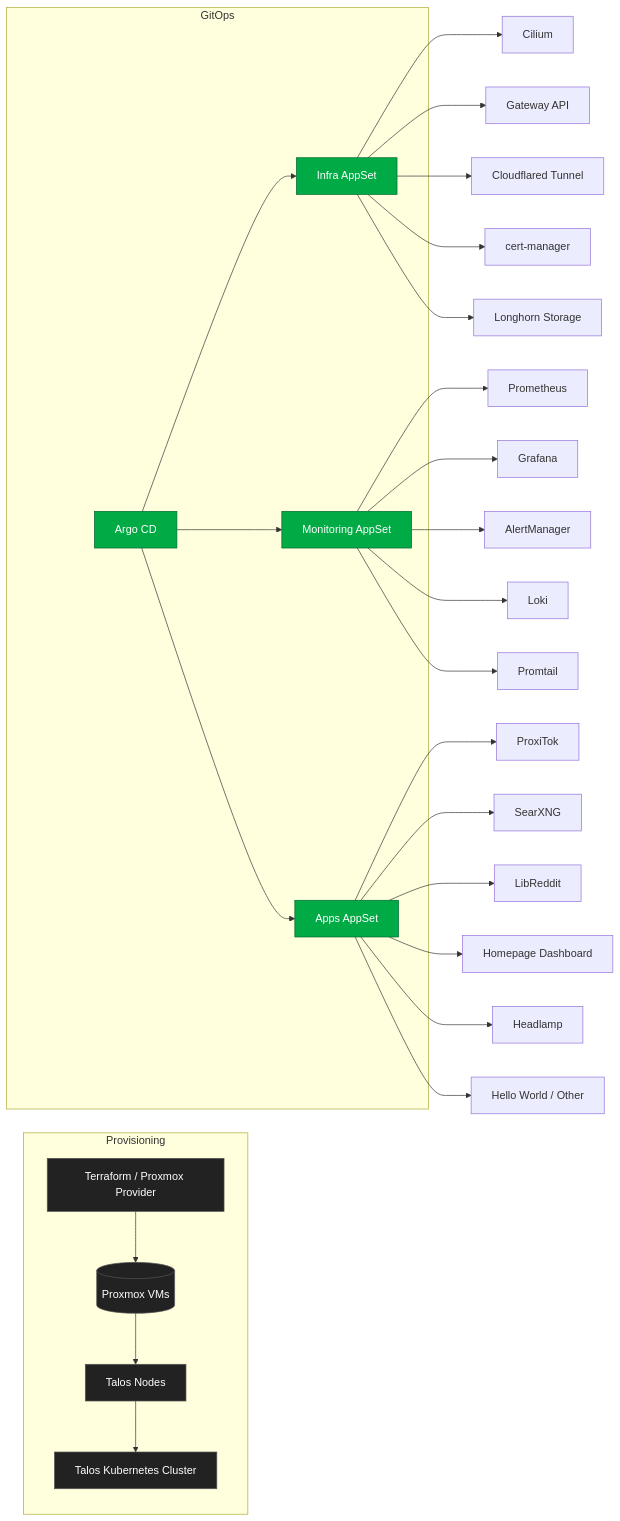
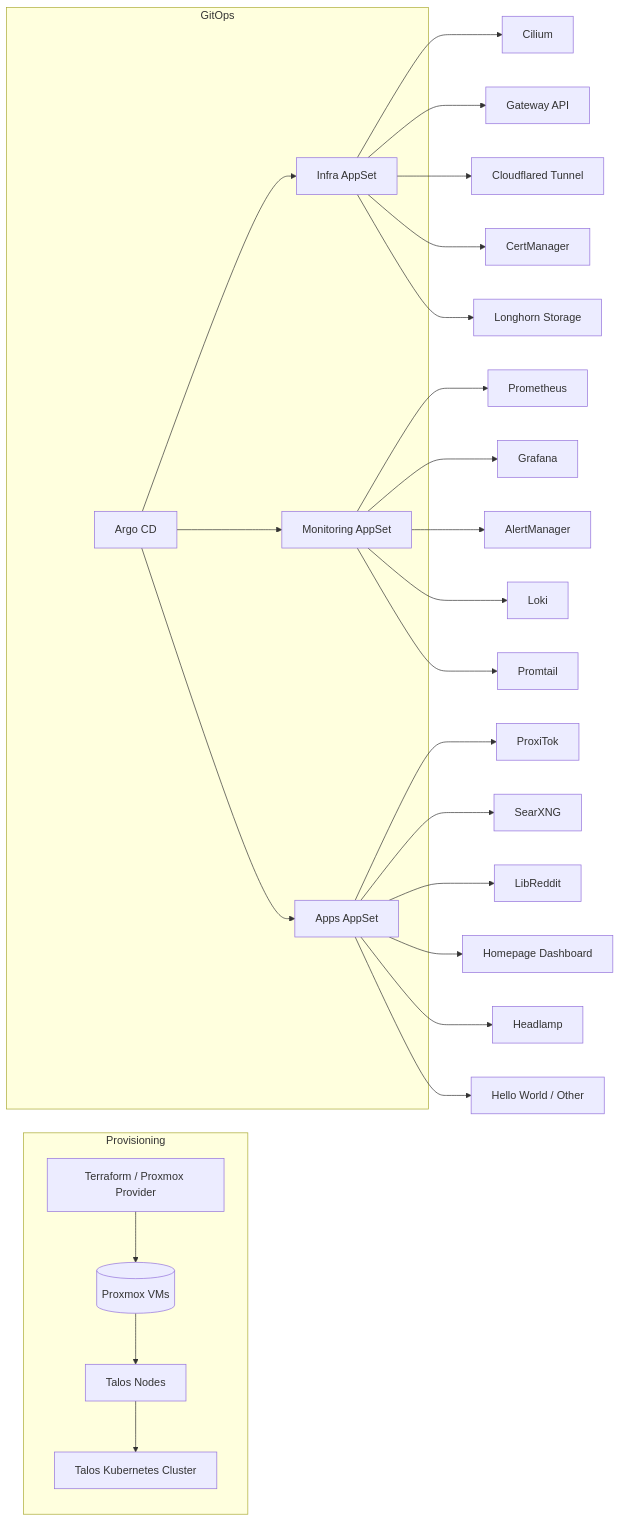
Before and after one commit to mitchross/talos-argocd-proxmox-starter: the diagram in README.md, drawn with Mermaid. The commit also changed other lines of this file, not shown here.

Commit message:
Update architecture section in README
Expanded the architecture section with a high-level overview and a collapsible Mermaid diagram for improved clarity. The changes provide a more concise summary of the provisioning, GitOps, infrastructure, observability, and application layers.

````diff
--- a/README.md
+++ b/README.md
@@ -60,43 +71,29 @@
 ```mermaid
 graph LR
-  %% Provisioning Layer
   subgraph Provisioning
     TF[Terraform / Proxmox Provider] --> PX[(Proxmox VMs)]
     PX --> TL[Talos Nodes]
     TL --> K8S[Talos Kubernetes Cluster]
   end
-
-  %% GitOps Control Plane
   subgraph GitOps
     AR[Argo CD] --> APPSET_INF[Infra AppSet]
     AR --> APPSET_MON[Monitoring AppSet]
     AR --> APPSET_APP[Apps AppSet]
   end
-
-  %% Infra Components
-  APPSET_INF --> Cilium[Cilium]
+  APPSET_INF --> Cilium
   APPSET_INF --> Gateway[Gateway API]
   APPSET_INF --> Cloudflared[Cloudflared Tunnel]
-  APPSET_INF --> CertManager[cert-manager]
+  APPSET_INF --> CertManager
   APPSET_INF --> Longhorn[Longhorn Storage]
-
-  %% Monitoring Stack
   APPSET_MON --> Prometheus
   APPSET_MON --> Grafana
   APPSET_MON --> AlertManager
   APPSET_MON --> Loki
   APPSET_MON --> Promtail
-
-  %% Applications
   APPSET_APP --> ProxiTok
   APPSET_APP --> SearXNG
   APPSET_APP --> LibReddit
   APPSET_APP --> Homepage[Homepage Dashboard]
   APPSET_APP --> Headlamp
   APPSET_APP --> Misc[Hello World / Other]
-
-  classDef prov fill:#222,stroke:#555,color:#fff;
-  class TF,PX,TL,K8S prov;
-  classDef git fill:#0a4,stroke:#063,color:#fff;
-  class AR,APPSET_INF,APPSET_MON,APPSET_APP git;
 ```
````
